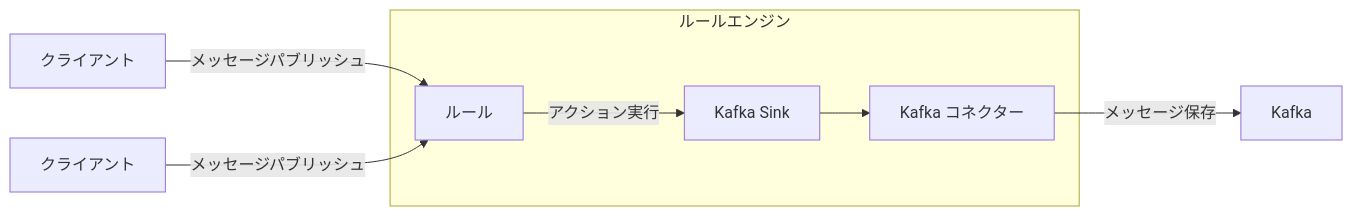
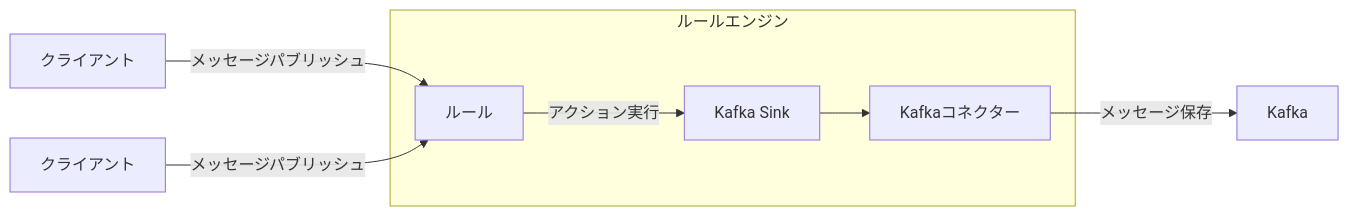
One commit to emqx/emqx-docs changed the first of 2 diagrams in ja_JP/develop/data-integration/data-bridges.md. Above: the diagram before and after it, drawn with Mermaid. The commit also changed other lines of this file and 411 other files, not shown here.

````diff
--- a/ja_JP/develop/data-integration/data-bridges.md
+++ b/ja_JP/develop/data-integration/data-bridges.md
@@ -39,11 +39,11 @@
 ```mermaid
 graph LR
   A[クライアント] -->|メッセージパブリッシュ| B[ルール]
   A1[クライアント] --> |メッセージパブリッシュ| B
 
   subgraph ルールエンジン
-    B -->  |アクション実行| C[Kafka Sink] --> D[Kafka コネクター]
+    B -->  |アクション実行| C[Kafka Sink] --> D[Kafkaコネクター]
   end
 
 D -->|メッセージ保存| E[Kafka]
 ```
````
